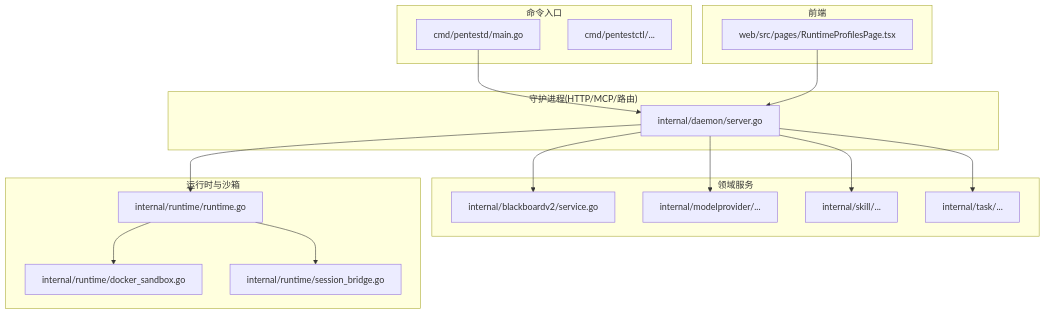
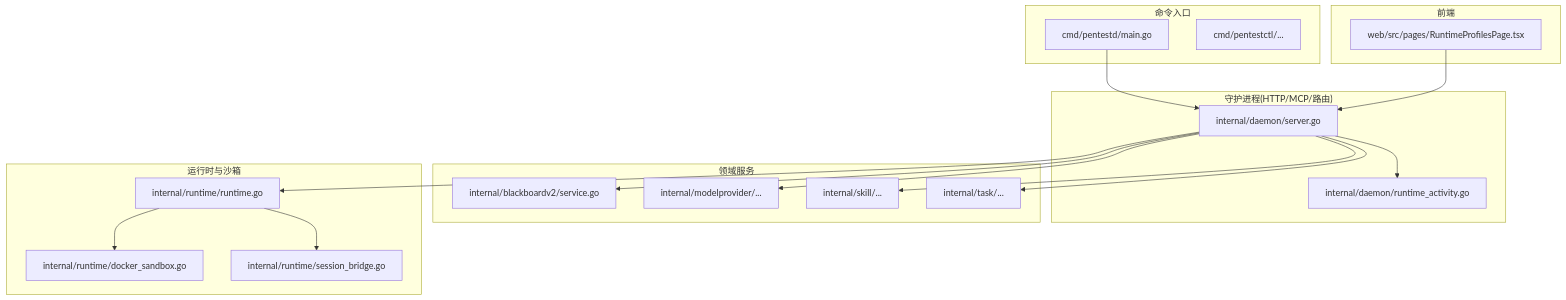
One commit to n1majne3/CyberPenda changed the first of 9 diagrams in .qoder/repowiki/zh/content/开发者指南.md. Above: the diagram before and after it, drawn with Mermaid. The commit also changed other lines of this file and 46 other files, not shown here.

````diff
--- a/.qoder/repowiki/zh/content/开发者指南.md
+++ b/.qoder/repowiki/zh/content/开发者指南.md
@@ -47,33 +57,35 @@
 ```mermaid
 graph TB
 subgraph "命令入口"
 A["cmd/pentestd/main.go"]
 B["cmd/pentestctl/..."]
 end
 subgraph "守护进程(HTTP/MCP/路由)"
 C["internal/daemon/server.go"]
+D["internal/daemon/runtime_activity.go"]
 end
 subgraph "领域服务"
-D["internal/blackboardv2/service.go"]
-E["internal/modelprovider/..."]
-F["internal/skill/..."]
-G["internal/task/..."]
+E["internal/blackboardv2/service.go"]
+F["internal/modelprovider/..."]
+G["internal/skill/..."]
+H["internal/task/..."]
 end
 subgraph "运行时与沙箱"
-H["internal/runtime/runtime.go"]
-I["internal/runtime/docker_sandbox.go"]
-J["internal/runtime/session_bridge.go"]
+I["internal/runtime/runtime.go"]
+J["internal/runtime/docker_sandbox.go"]
+K["internal/runtime/session_bridge.go"]
 end
 subgraph "前端"
-K["web/src/pages/RuntimeProfilesPage.tsx"]
+L["web/src/pages/RuntimeProfilesPage.tsx"]
 end
 A --> C
 C --> D
 C --> E
 C --> F
 C --> G
 C --> H
-H --> I
-H --> J
-K --> C
+C --> I
+I --> J
+I --> K
+L --> C
 ```
````
